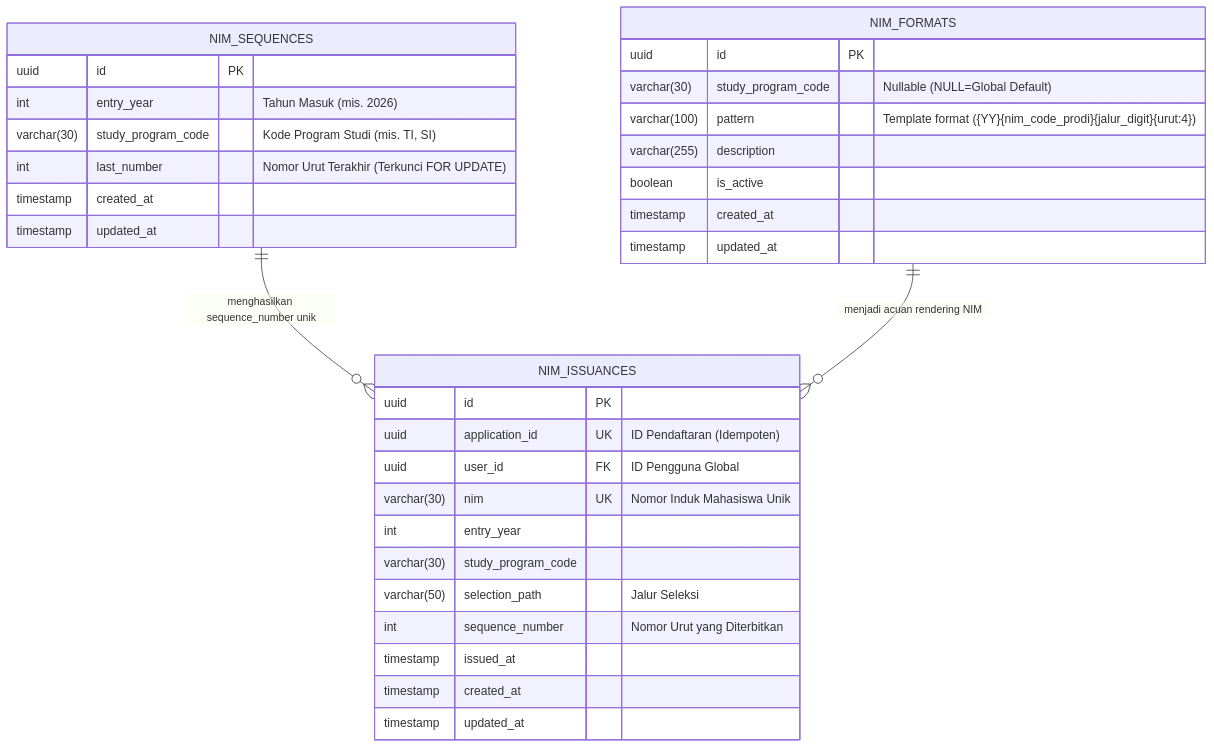
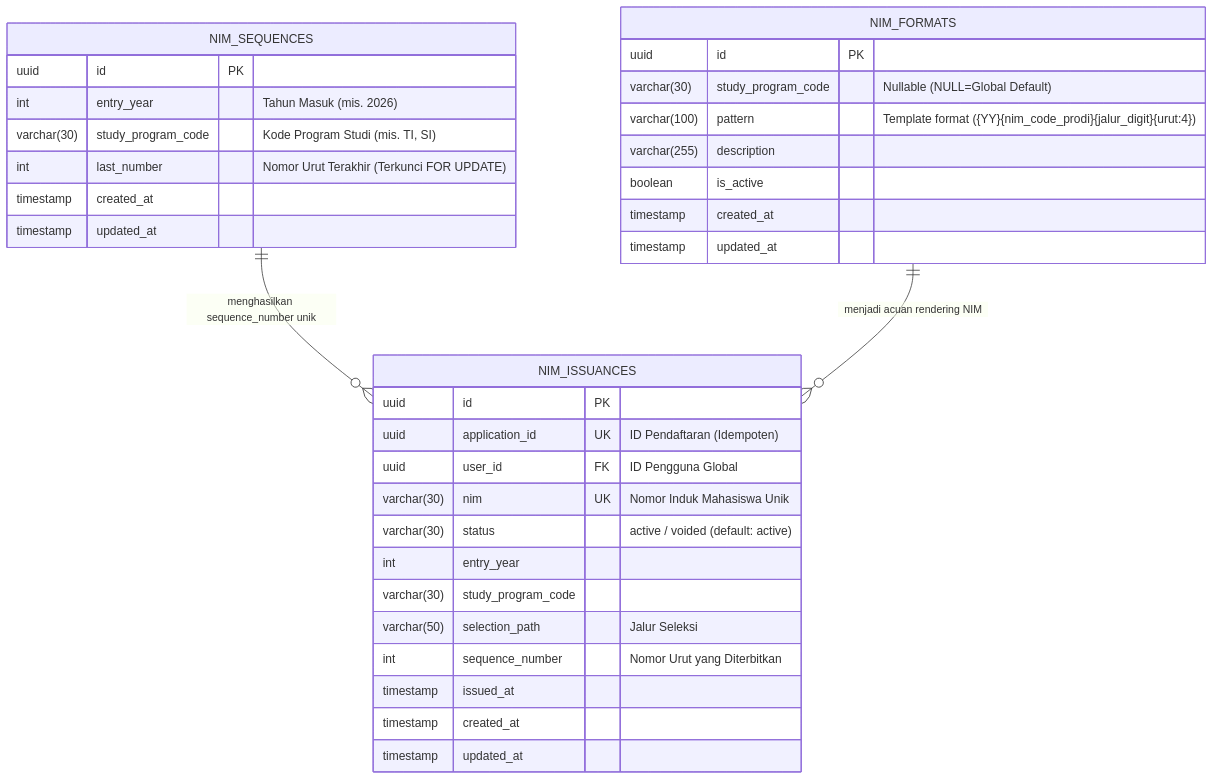
The diagram in docs/erd-nim.md (kemal-ramadhan/api-pendaftaran-kampus), drawn with Mermaid before and after one commit. The commit also changed other lines of this file and 16 other files, not shown here.

Commit message:
docs: API contracts ERD class-diagram dan skenario e2e CR-006..008

````diff
--- a/docs/erd-nim.md
+++ b/docs/erd-nim.md
@@ -5,38 +5,39 @@
 ```mermaid
 erDiagram
     NIM_FORMATS {
         uuid id PK
         varchar(30) study_program_code "Nullable (NULL=Global Default)"
         varchar(100) pattern "Template format ({YY}{nim_code_prodi}{jalur_digit}{urut:4})"
         varchar(255) description
         boolean is_active
         timestamp created_at
         timestamp updated_at
     }
 
     NIM_SEQUENCES {
         uuid id PK
         int entry_year "Tahun Masuk (mis. 2026)"
         varchar(30) study_program_code "Kode Program Studi (mis. TI, SI)"
         int last_number "Nomor Urut Terakhir (Terkunci FOR UPDATE)"
         timestamp created_at
         timestamp updated_at
     }
 
     NIM_ISSUANCES {
         uuid id PK
         uuid application_id UK "ID Pendaftaran (Idempoten)"
         uuid user_id FK "ID Pengguna Global"
         varchar(30) nim UK "Nomor Induk Mahasiswa Unik"
+        varchar(30) status "active / voided (default: active)"
         int entry_year
         varchar(30) study_program_code
         varchar(50) selection_path "Jalur Seleksi"
         int sequence_number "Nomor Urut yang Diterbitkan"
         timestamp issued_at
         timestamp created_at
         timestamp updated_at
     }
 
     NIM_SEQUENCES ||--o{ NIM_ISSUANCES : "menghasilkan sequence_number unik"
     NIM_FORMATS ||--o{ NIM_ISSUANCES : "menjadi acuan rendering NIM"
 ```
````
